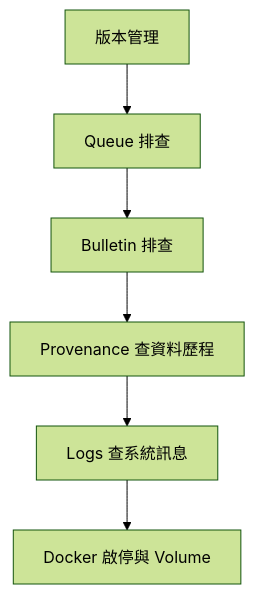
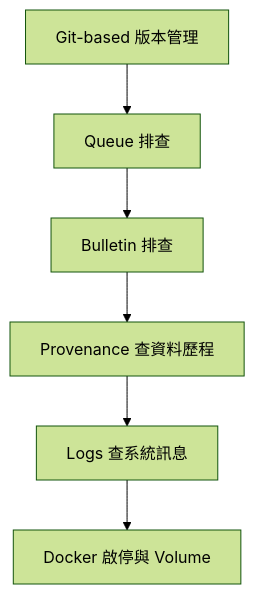
The first of 3 diagrams in docs/nifi-training/07-versioning-debug-operations.md (Ting-s515/nifi-training), drawn with Mermaid (forest theme) before and after one commit. The commit also changed other lines of this file and 1 other file, not shown here.

Commit message:
docs: add git based flow registry training

````diff
--- a/docs/nifi-training/07-versioning-debug-operations.md
+++ b/docs/nifi-training/07-versioning-debug-operations.md
@@ -9,8 +9,8 @@
 ```mermaid
 flowchart TD
-    A[版本管理] --> B[Queue 排查]
+    A[Git-based 版本管理] --> B[Queue 排查]
     B --> C[Bulletin 排查]
     C --> D[Provenance 查資料歷程]
     D --> E[Logs 查系統訊息]
     E --> F[Docker 啟停與 Volume]
 ```
````
